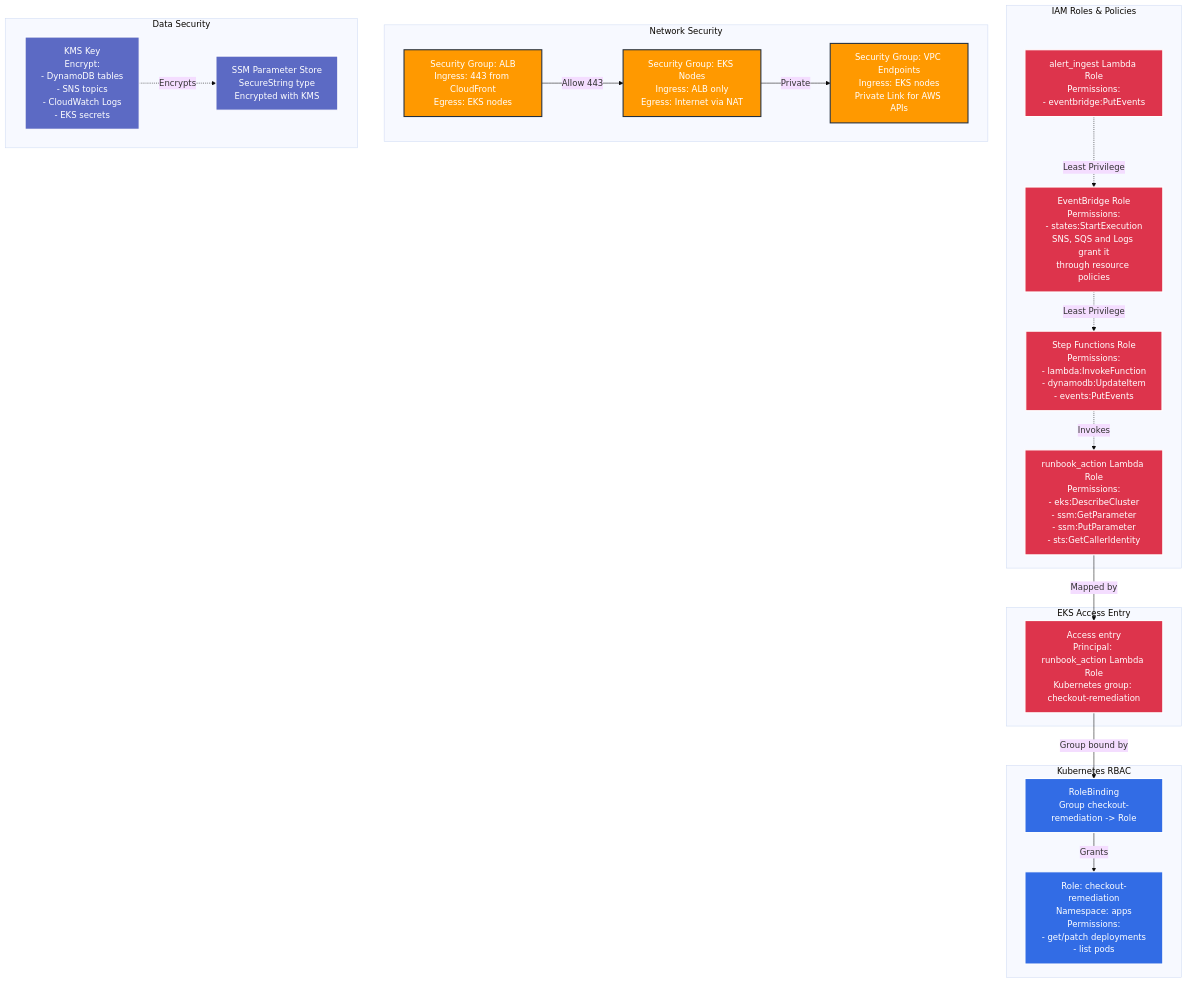
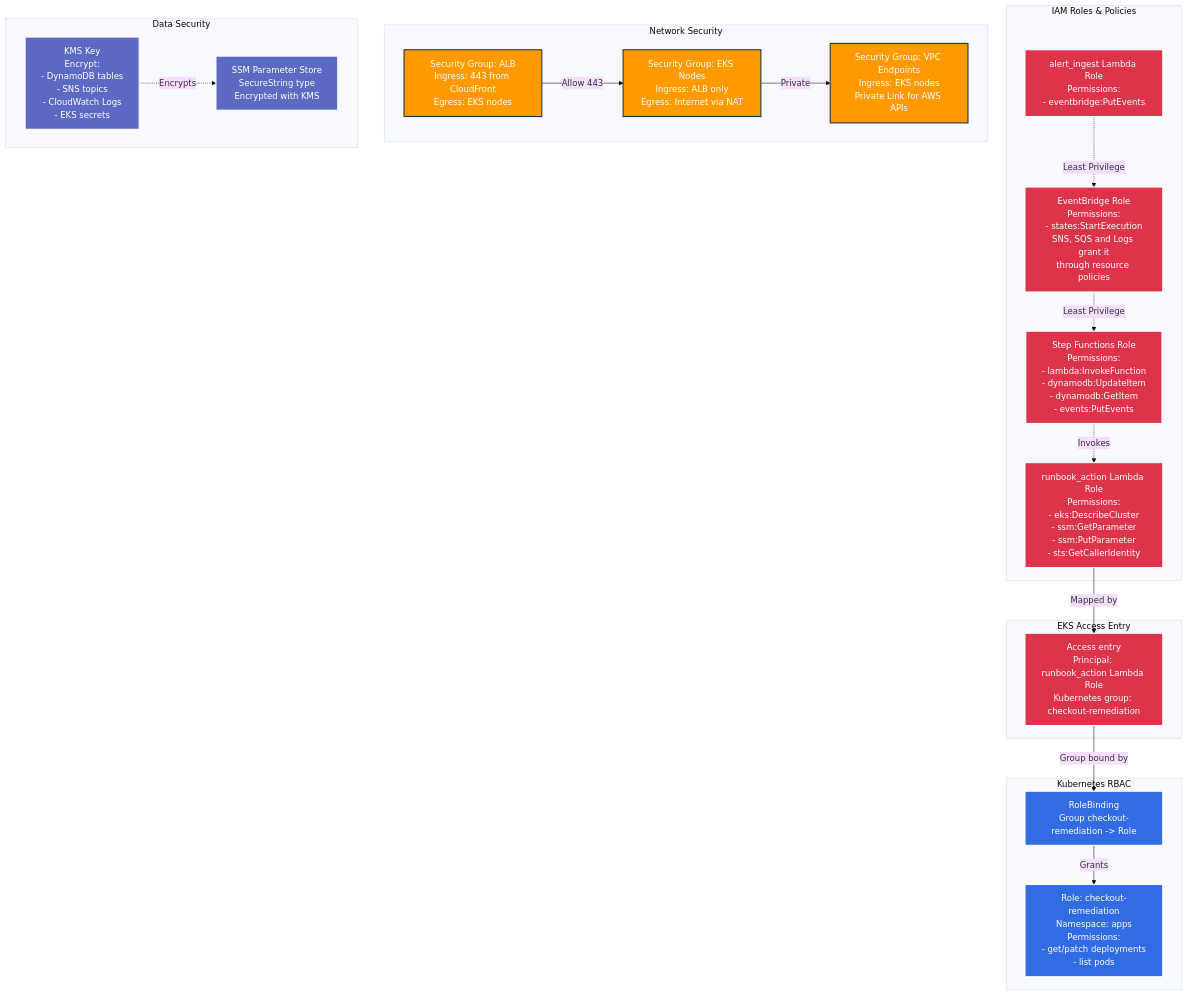
The fourth of 4 diagrams in docs/architecture/README.md (amrutp24/event-driven-sre-platform), drawn with Mermaid (base theme) before and after one commit. The commit also changed other lines of this file and 24 other files, not shown here.

````diff
--- a/docs/architecture/README.md
+++ b/docs/architecture/README.md
@@ -256,52 +269,52 @@
 ```mermaid
 graph TB
     subgraph "IAM Roles & Policies"
         R1[alert_ingest Lambda Role<br/>Permissions:<br/>- eventbridge:PutEvents]
         R2[runbook_action Lambda Role<br/>Permissions:<br/>- eks:DescribeCluster<br/>- ssm:GetParameter<br/>- ssm:PutParameter<br/>- sts:GetCallerIdentity]
         R3[EventBridge Role<br/>Permissions:<br/>- states:StartExecution<br/>SNS, SQS and Logs grant it<br/>through resource policies]
-        R4[Step Functions Role<br/>Permissions:<br/>- lambda:InvokeFunction<br/>- dynamodb:UpdateItem<br/>- events:PutEvents]
+        R4[Step Functions Role<br/>Permissions:<br/>- lambda:InvokeFunction<br/>- dynamodb:UpdateItem<br/>- dynamodb:GetItem<br/>- events:PutEvents]
     end
 
     subgraph "EKS Access Entry"
         AE[Access entry<br/>Principal: runbook_action Lambda Role<br/>Kubernetes group: checkout-remediation]
     end
 
     subgraph "Kubernetes RBAC"
         Role[Role: checkout-remediation<br/>Namespace: apps<br/>Permissions:<br/>- get/patch deployments<br/>- list pods]
         RB[RoleBinding<br/>Group checkout-remediation -> Role]
     end
 
     subgraph "Network Security"
         SG1[Security Group: EKS Nodes<br/>Ingress: ALB only<br/>Egress: Internet via NAT]
         SG2[Security Group: ALB<br/>Ingress: 443 from CloudFront<br/>Egress: EKS nodes]
         SG3[Security Group: VPC Endpoints<br/>Ingress: EKS nodes<br/>Private Link for AWS APIs]
     end
 
     subgraph "Data Security"
         KMS[KMS Key<br/>Encrypt:<br/>- DynamoDB tables<br/>- SNS topics<br/>- CloudWatch Logs<br/>- EKS secrets]
         SSM_Sec[SSM Parameter Store<br/>SecureString type<br/>Encrypted with KMS]
     end
 
     R2 -->|Mapped by| AE
     AE -->|Group bound by| RB
     RB -->|Grants| Role
 
     R1 -.->|Least Privilege| R3
     R3 -.->|Least Privilege| R4
     R4 -.->|Invokes| R2
 
     SG2 -->|Allow 443| SG1
     SG1 -->|Private| SG3
 
     KMS -.->|Encrypts| SSM_Sec
 
     classDef iam fill:#DD344C,stroke:#fff,stroke-width:2px,color:#fff
     classDef k8s fill:#326CE5,stroke:#fff,stroke-width:2px,color:#fff
     classDef network fill:#FF9900,stroke:#232F3E,stroke-width:2px,color:#fff
     classDef encryption fill:#5C6AC4,stroke:#fff,stroke-width:2px,color:#fff
 
     class R1,R2,R3,R4,AE iam
     class Role,RB k8s
     class SG1,SG2,SG3 network
     class KMS,SSM_Sec encryption
 ```
````
